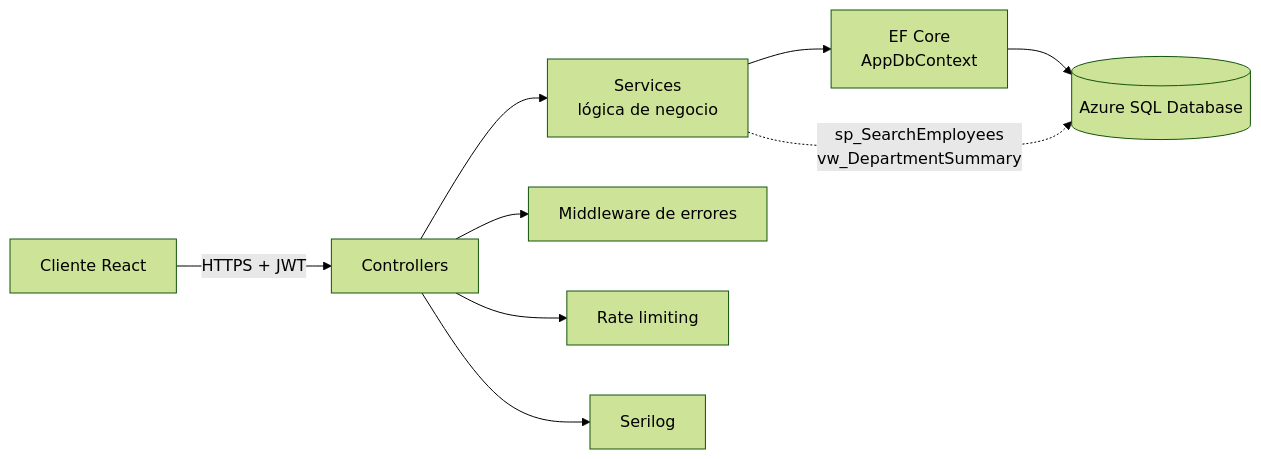
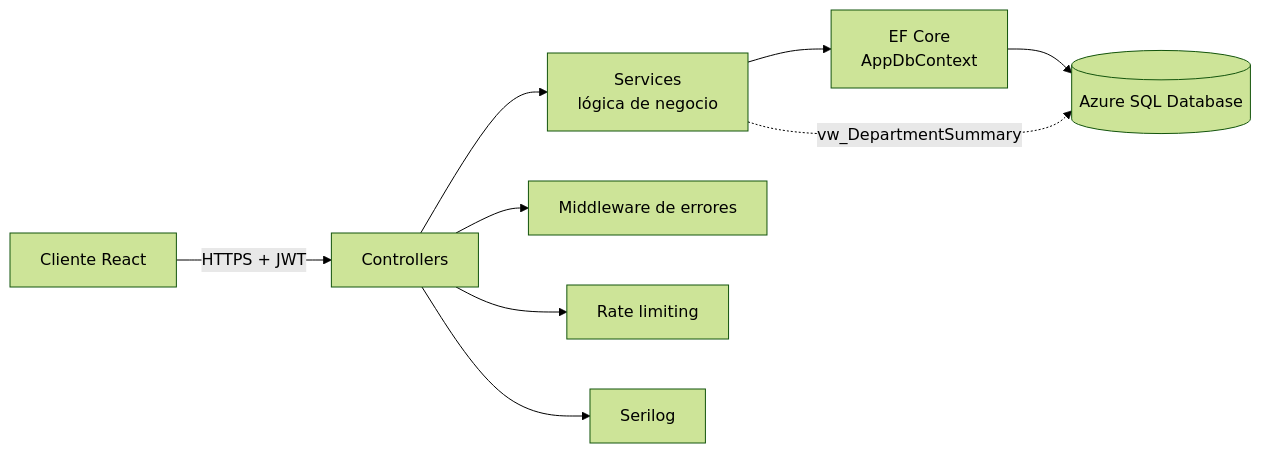
Before and after one commit to AaronChavezMtz/EmployeeManagementApi: the first of 2 diagrams in README.md, drawn with Mermaid (forest theme). The commit also changed other lines of this file and 5 other files, not shown here.

````diff
--- a/README.md
+++ b/README.md
@@ -38,11 +38,11 @@
 ```mermaid
 flowchart LR
     A[Cliente React] -->|HTTPS + JWT| B[Controllers]
     B --> C[Services<br/>lógica de negocio]
     C --> D[EF Core<br/>AppDbContext]
     D --> E[(Azure SQL Database)]
-    C -. sp_SearchEmployees<br/>vw_DepartmentSummary .-> E
+    C -. vw_DepartmentSummary .-> E
     B --> F[Middleware de errores]
     B --> G[Rate limiting]
     B --> H[Serilog]
 ```
````
